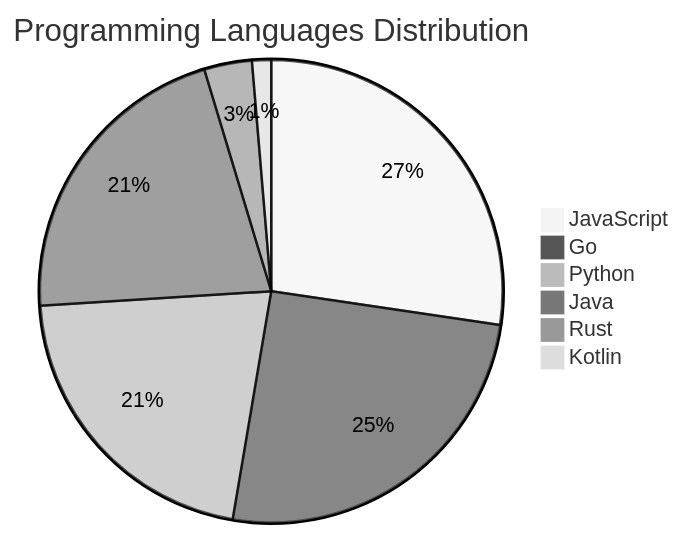
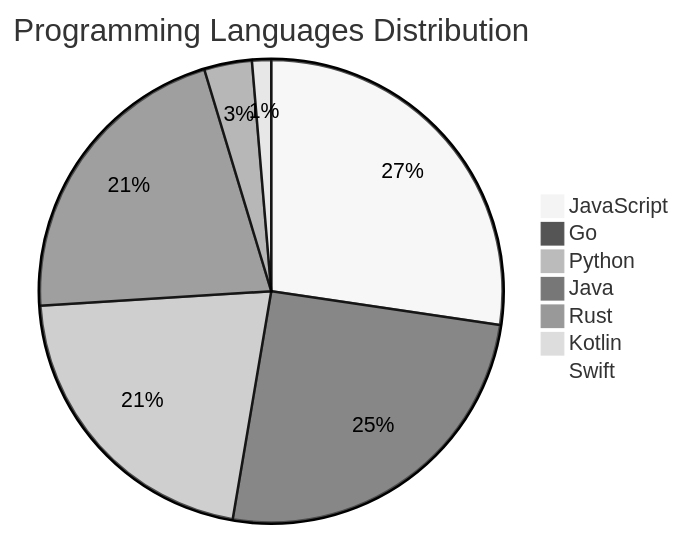
The diagram in README.md (Derrick-MUGISHA/github-activity-bot), drawn with Mermaid (neutral theme) before and after one commit. The commit also changed other lines of this file and 4 other files, not shown here.

````diff
--- a/README.md
+++ b/README.md
@@ -206,9 +207,10 @@
 ```mermaid
 pie title Programming Languages Distribution
     "JavaScript" : 41
     "Go" : 38
     "Python" : 32
     "Java" : 32
     "Rust" : 5
     "Kotlin" : 2
+    "Swift" : 1
 ```
````
